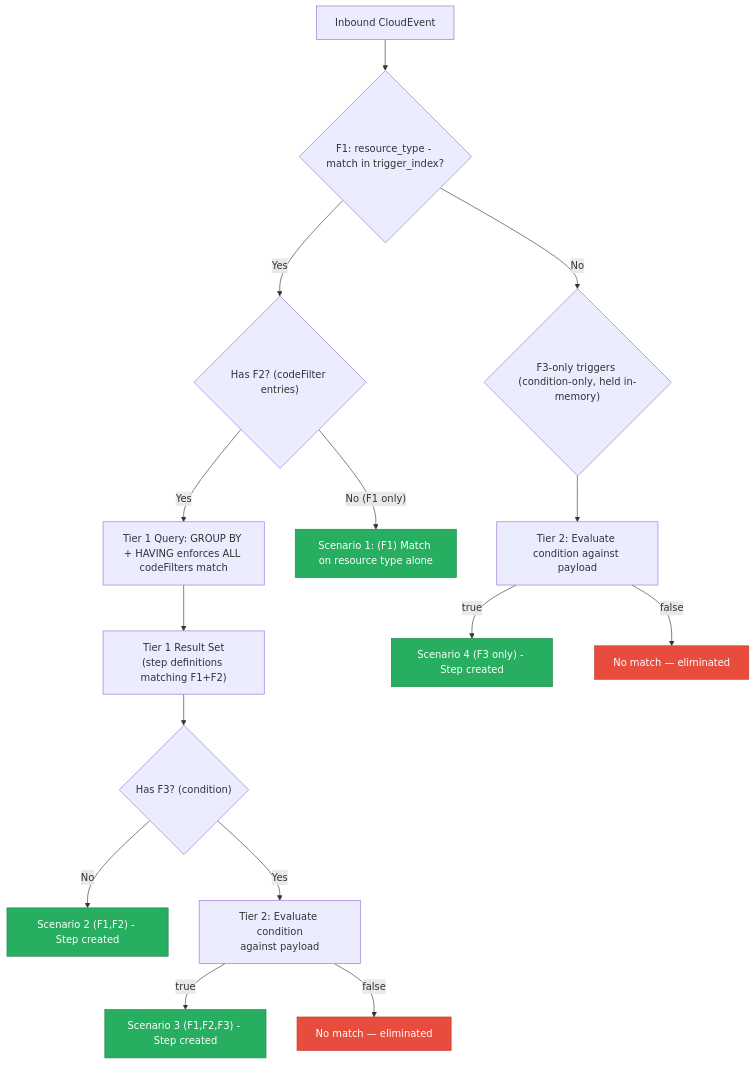
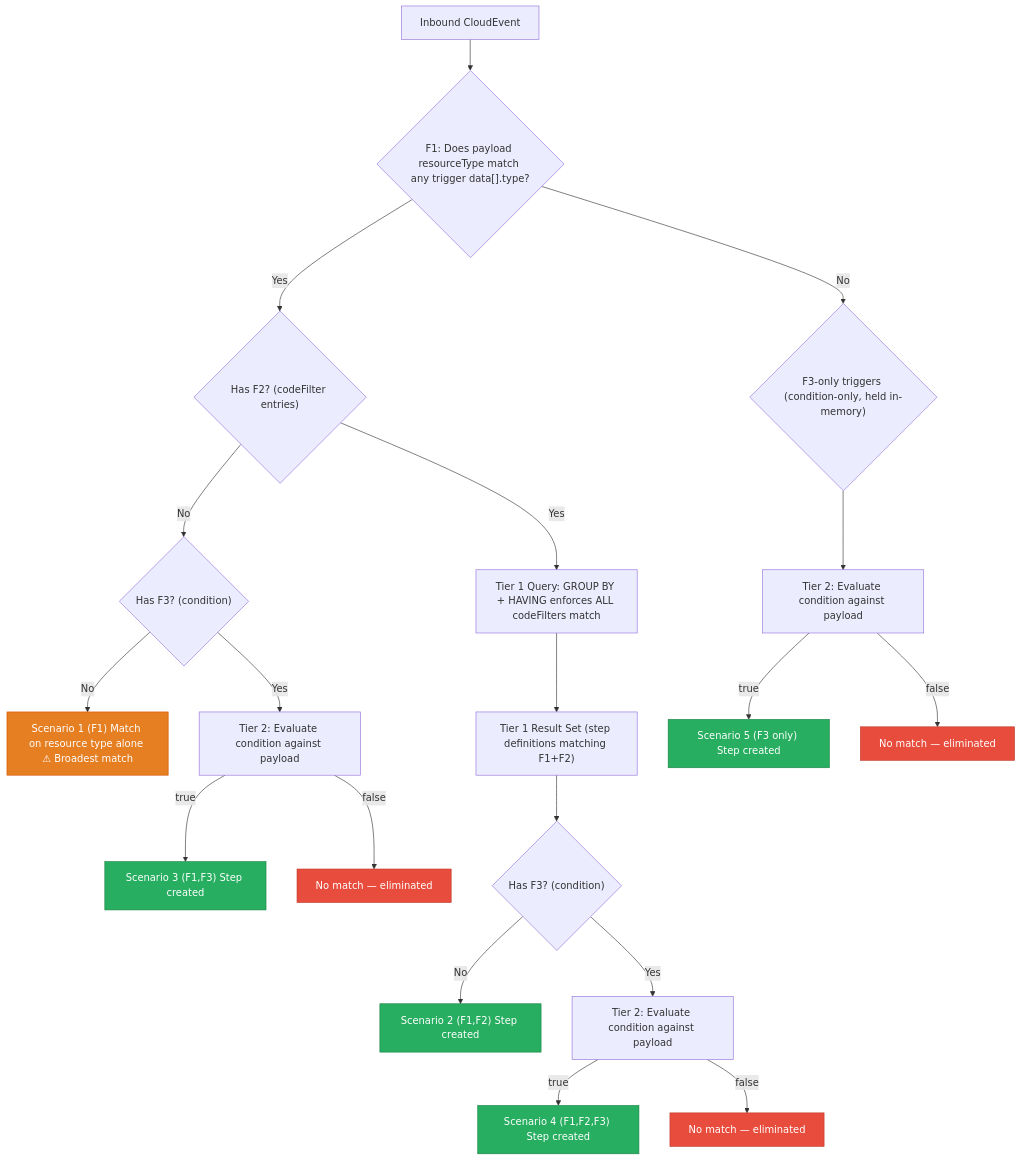
Before and after one commit to Jayaprakash8887/cce-compliance-service: the third of 4 diagrams in docs/architecture-overview.md, drawn with Mermaid. The commit also changed other lines of this file and 1 other file, not shown here.

````diff
--- a/docs/architecture-overview.md
+++ b/docs/architecture-overview.md
@@ -187,30 +187,38 @@
 ```mermaid
 flowchart TD
-    EVENT["Inbound CloudEvent"] --> F1_CHECK{"F1: resource_type - match in trigger_index?"}
+    EVENT["Inbound CloudEvent"] --> F1_CHECK{"F1: Does payload resourceType match any trigger data[].type?"}
 
     F1_CHECK -->|"Yes"| HAS_F2{"Has F2? (codeFilter entries)"}
     F1_CHECK -->|"No"| F3_ONLY{"F3-only triggers (condition-only, held in-memory)"}
 
     HAS_F2 -->|"Yes"| TIER1["Tier 1 Query: GROUP BY + HAVING enforces ALL codeFilters match"]
-    HAS_F2 -->|"No (F1 only)"| S1["Scenario 1: (F1) Match on resource type alone"]
+    HAS_F2 -->|"No"| HAS_F3_NOFILT{"Has F3? (condition)"}
 
-    TIER1 --> TIER1_RESULT["Tier 1 Result Set\n(step definitions matching F1+F2)"]
+    HAS_F3_NOFILT -->|"No"| S1["Scenario 1 (F1) Match on resource type alone ⚠ Broadest match"]
+    HAS_F3_NOFILT -->|"Yes"| TIER2_F1F3["Tier 2: Evaluate condition against payload"]
+
+    TIER2_F1F3 -->|"true"| S3_ALT["Scenario 3 (F1,F3) Step created"]
+    TIER2_F1F3 -->|"false"| REJECT3["No match — eliminated"]
+
+    TIER1 --> TIER1_RESULT["Tier 1 Result Set (step definitions matching F1+F2)"]
 
     TIER1_RESULT --> HAS_F3{"Has F3? (condition)"}
-    HAS_F3 -->|"No"| S2["Scenario 2 (F1,F2) - Step created"]
-    HAS_F3 -->|"Yes"| TIER2["Tier 2: Evaluate condition\nagainst payload"]
+    HAS_F3 -->|"No"| S2["Scenario 2 (F1,F2) Step created"]
+    HAS_F3 -->|"Yes"| TIER2["Tier 2: Evaluate condition against payload"]
 
-    TIER2 -->|"true"| S3["Scenario 3 (F1,F2,F3) - Step created"]
+    TIER2 -->|"true"| S4["Scenario 4 (F1,F2,F3) Step created"]
     TIER2 -->|"false"| REJECT["No match — eliminated"]
 
     F3_ONLY --> EVAL_F3["Tier 2: Evaluate condition against payload"]
-    EVAL_F3 -->|"true"| S4["Scenario 4 (F3 only) - Step created"]
+    EVAL_F3 -->|"true"| S5["Scenario 5 (F3 only) Step created"]
     EVAL_F3 -->|"false"| REJECT2["No match — eliminated"]
 
-    style S1 fill:#27AE60,stroke:#1E8449,color:white
+    style S1 fill:#E67E22,stroke:#D35400,color:white
     style S2 fill:#27AE60,stroke:#1E8449,color:white
-    style S3 fill:#27AE60,stroke:#1E8449,color:white
+    style S3_ALT fill:#27AE60,stroke:#1E8449,color:white
     style S4 fill:#27AE60,stroke:#1E8449,color:white
+    style S5 fill:#27AE60,stroke:#1E8449,color:white
     style REJECT fill:#E74C3C,stroke:#C0392B,color:white
     style REJECT2 fill:#E74C3C,stroke:#C0392B,color:white
+    style REJECT3 fill:#E74C3C,stroke:#C0392B,color:white
 ```
````
